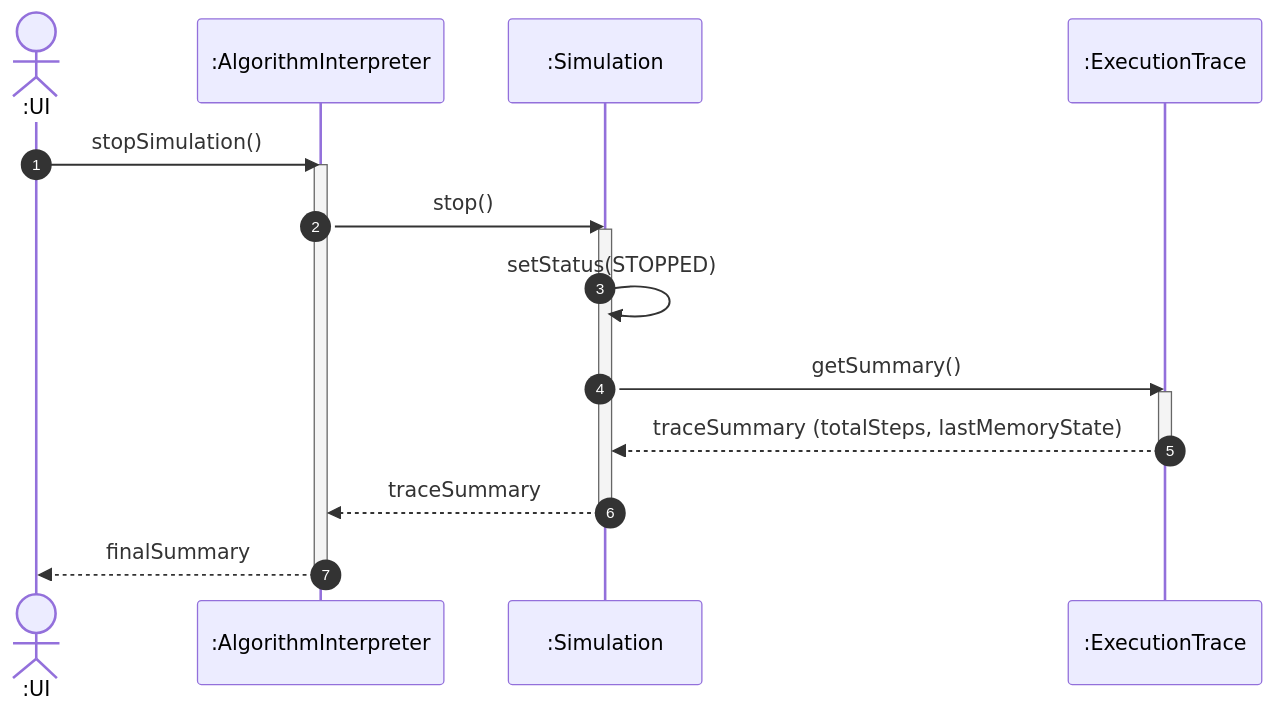
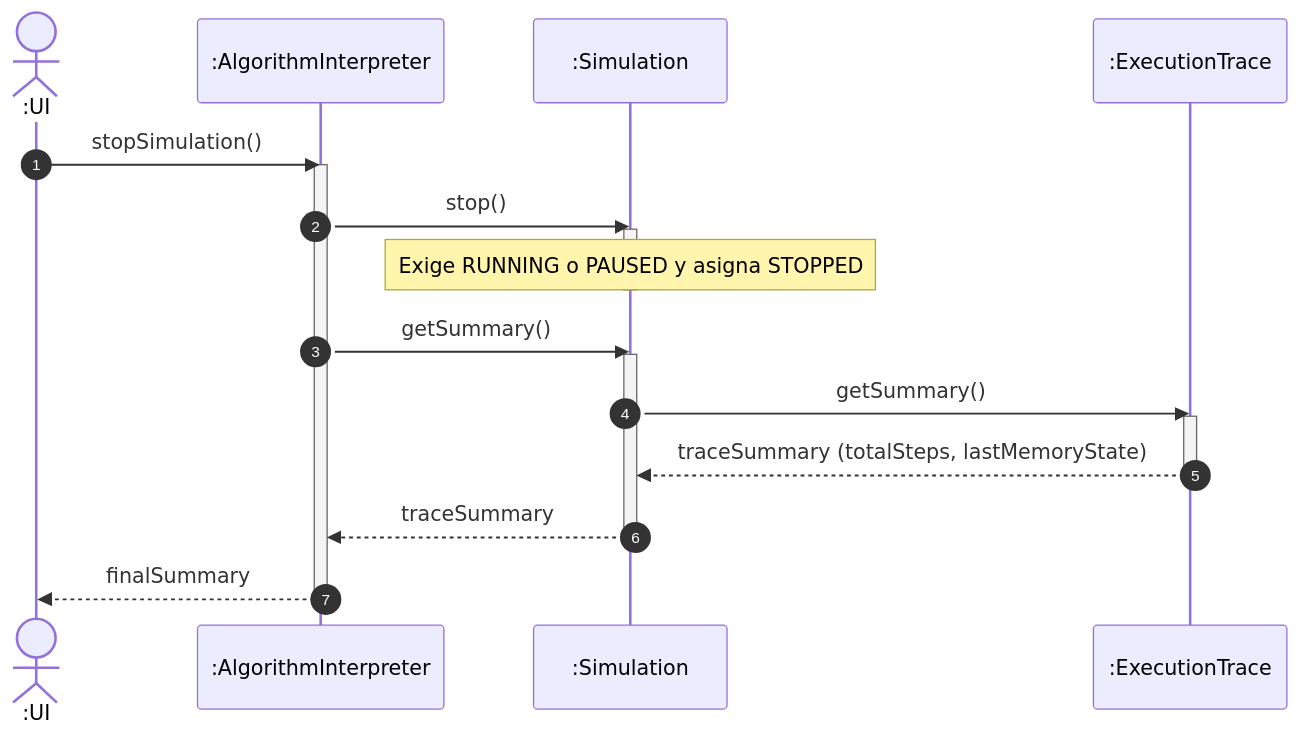
Before and after one commit to CrysoK/DiagramarPWA: the ninth of 9 diagrams in docs/up/03-design/interaction-diagrams/uc02.md, drawn with Mermaid. The commit also changed other lines of this file and 1 other file, not shown here.

````diff
--- a/docs/up/03-design/interaction-diagrams/uc02.md
+++ b/docs/up/03-design/interaction-diagrams/uc02.md
@@ -508,27 +516,28 @@
 ```mermaid
 sequenceDiagram
     autonumber
     actor UI as :UI
     participant Ctrl as :AlgorithmInterpreter
     participant Sim as :Simulation
     participant Trace as :ExecutionTrace
 
     UI->>Ctrl: stopSimulation()
     activate Ctrl
 
     Ctrl->>Sim: stop()
     activate Sim
+    Note over Sim: Exige RUNNING o PAUSED y asigna STOPPED
+    deactivate Sim
 
-    Sim->>Sim: setStatus(STOPPED)
-
+    Ctrl->>Sim: getSummary()
+    activate Sim
     Sim->>Trace: getSummary()
     activate Trace
     Trace-->>Sim: traceSummary (totalSteps, lastMemoryState)
     deactivate Trace
-
     Sim-->>Ctrl: traceSummary
     deactivate Sim
 
     Ctrl-->>UI: finalSummary
     deactivate Ctrl
 ```
````
